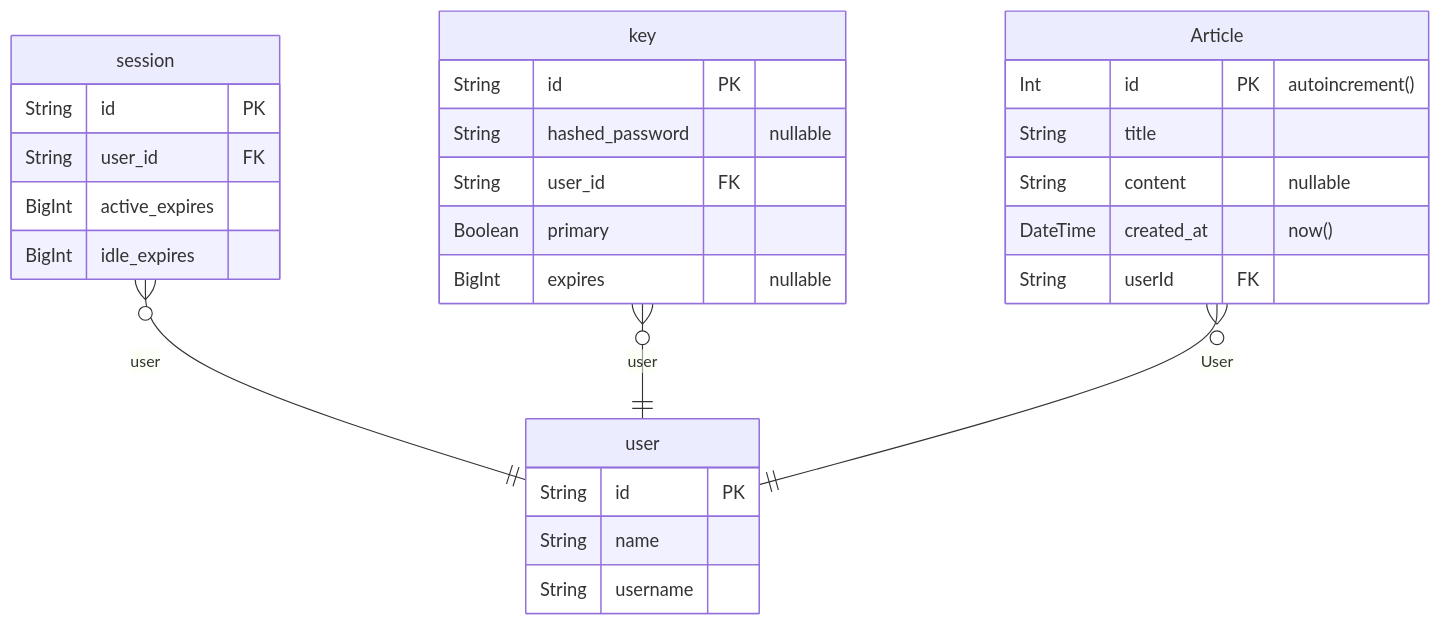
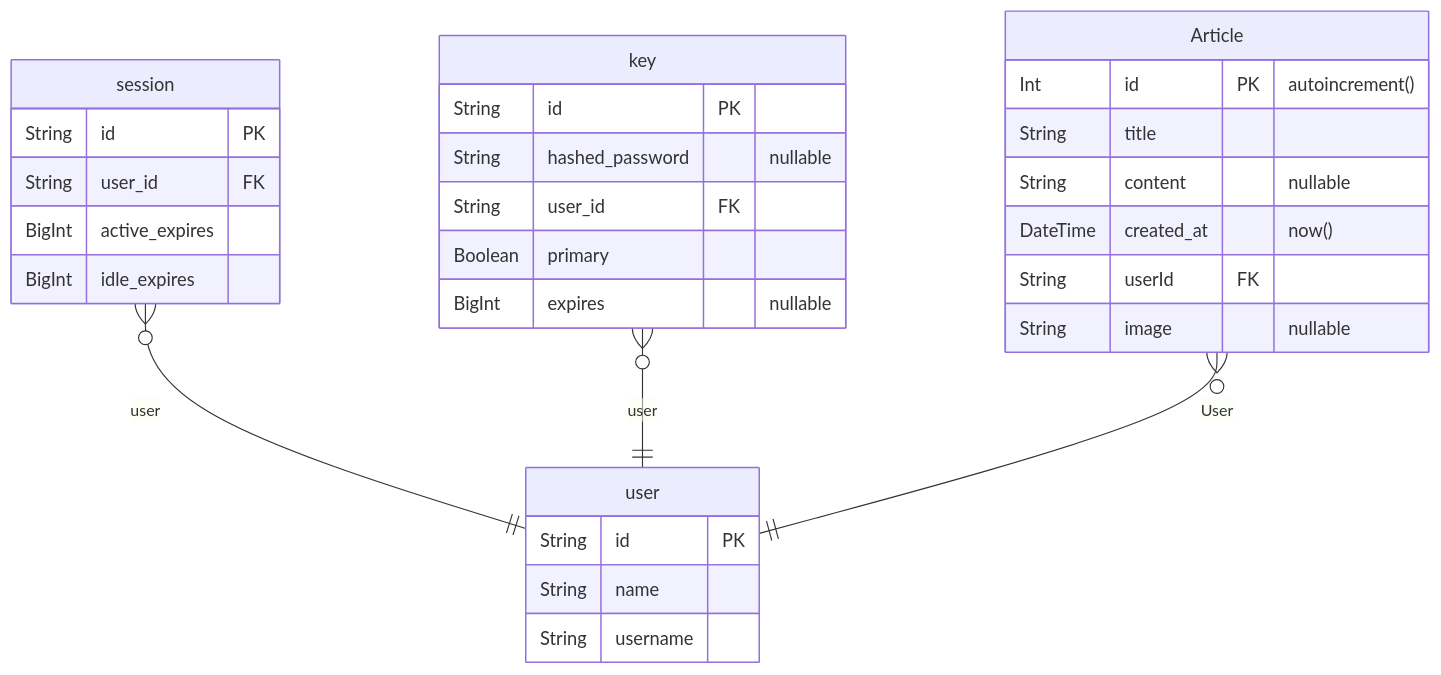
The diagram in prisma/ERD.md (santiphop/svelte-kit-starter), drawn with Mermaid before and after one commit. The commit also changed 11 other files, not shown here.

````diff
--- a/prisma/ERD.md
+++ b/prisma/ERD.md
@@ -1,32 +1,33 @@
 ```mermaid
 erDiagram
 	user {
 		String id PK
 		String name
 		String username
 	}
 	session {
 		String id PK
 		String user_id FK
 		BigInt active_expires
 		BigInt idle_expires
 	}
 	key {
 		String id PK
 		String hashed_password  "nullable"
 		String user_id FK
 		Boolean primary
 		BigInt expires  "nullable"
 	}
 	Article {
 		Int id PK  "autoincrement()"
 		String title
 		String content  "nullable"
 		DateTime created_at  "now()"
 		String userId FK
+		String image  "nullable"
 	}
 	session }o--|| user : user
 	key }o--|| user : user
 	Article }o--|| user : User
 
 ```
````
